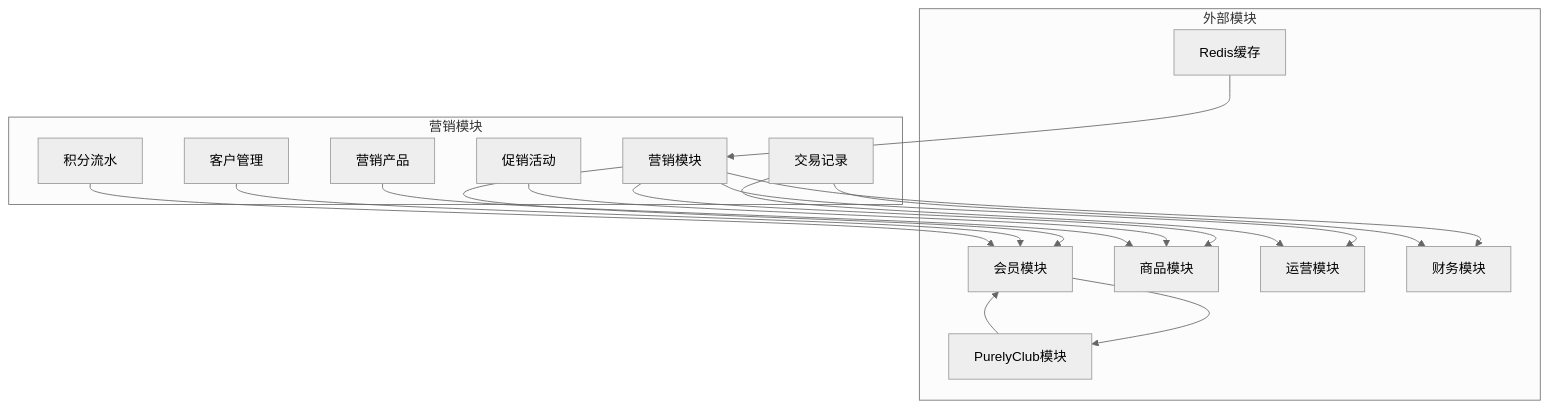
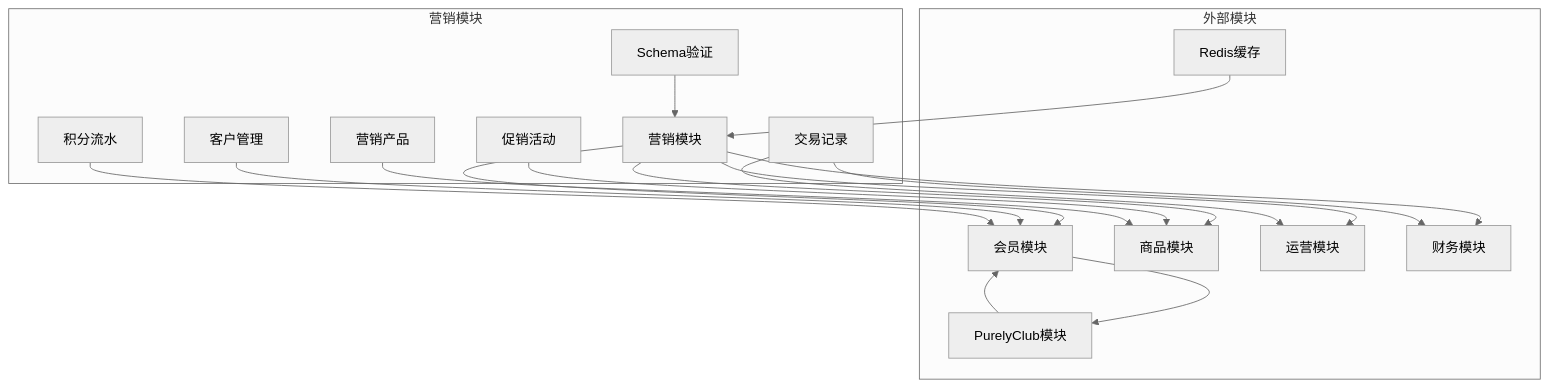
Before and after one commit to rc558620/purelyprofit-server: diagram 37 of 38 in .qoder/repowiki/zh/content/业务模块/营销推广模块/营销推广模块.md, drawn with Mermaid (neutral theme). The commit also changed other lines of this file and 25 other files, not shown here.

````diff
--- a/.qoder/repowiki/zh/content/业务模块/营销推广模块/营销推广模块.md
+++ b/.qoder/repowiki/zh/content/业务模块/营销推广模块/营销推广模块.md
@@ -1319,32 +1507,34 @@
 ```mermaid
 graph TB
 subgraph "营销模块"
 Marketing["营销模块"]
 Customers["客户管理"]
 Promotions["促销活动"]
 Products["营销产品"]
 Transactions["交易记录"]
 PointsRecords["积分流水"]
+Schemas["Schema验证"]
 end
 subgraph "外部模块"
 Member["会员模块"]
 Goods["商品模块"]
 Operations["运营模块"]
 Finance["财务模块"]
 Club["PurelyClub模块"]
 Redis["Redis缓存"]
 end
 Marketing --> Member
 Marketing --> Goods
 Marketing --> Operations
 Marketing --> Finance
 Customers --> Member
 Promotions --> Goods
 Products --> Goods
 Transactions --> Operations
 Transactions --> Finance
 PointsRecords --> Member
 Member --> Club
 Club --> Member
 Redis --> Marketing
+Schemas --> Marketing
 ```
````
